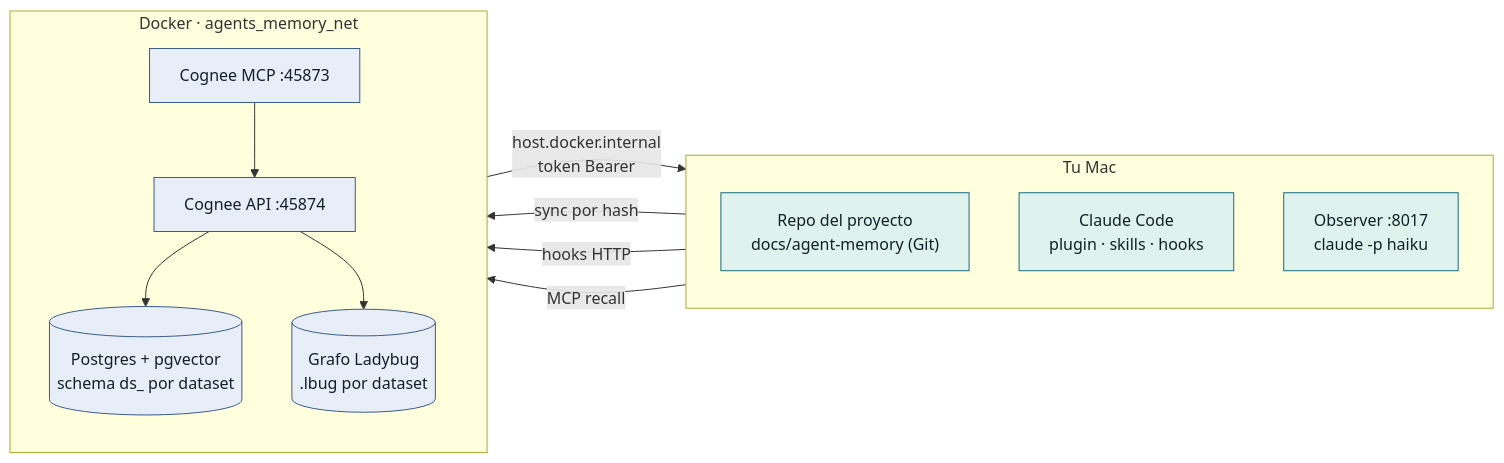
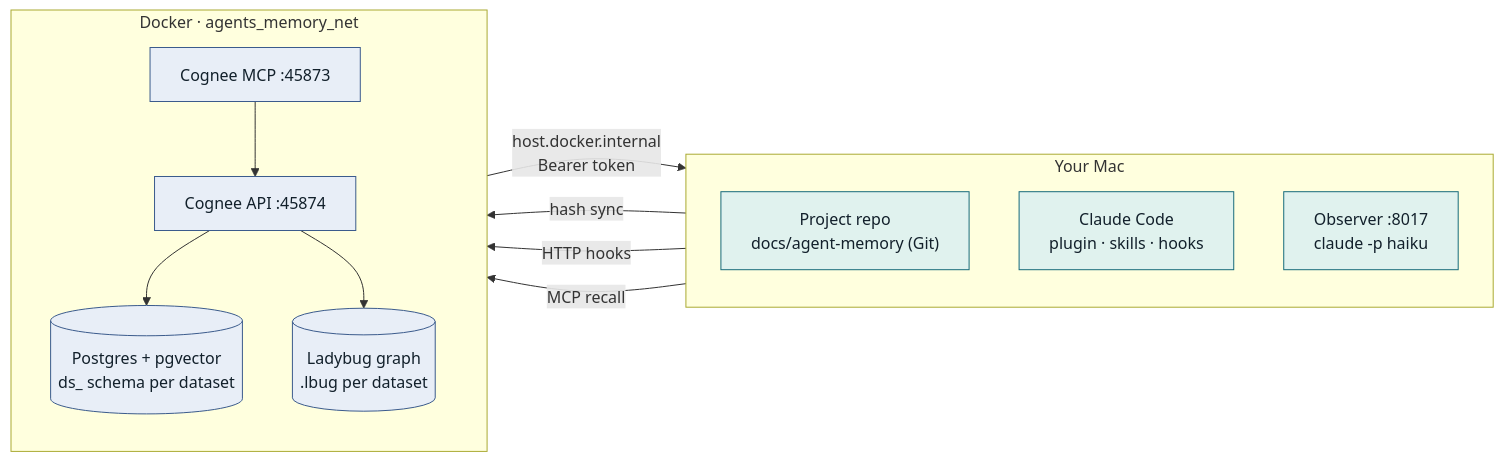
The first of 5 diagrams in docs/diagrams.md (WRopero/Timewarden), drawn with Mermaid before and after one commit. The commit also changed other lines of this file and 97 other files, not shown here.

````diff
--- a/docs/diagrams.md
+++ b/docs/diagrams.md
@@ -7,27 +7,27 @@
 ```mermaid
 flowchart LR
-  subgraph MAC["Tu Mac"]
+  subgraph MAC["Your Mac"]
     direction TB
-    MD["Repo del proyecto<br/>docs/agent-memory (Git)"]
+    MD["Project repo<br/>docs/agent-memory (Git)"]
     CC["Claude Code<br/>plugin · skills · hooks"]
     OBS["Observer :8017<br/>claude -p haiku"]
   end
   subgraph DK["Docker · agents_memory_net"]
     direction TB
     MCP["Cognee MCP :45873"]
     API["Cognee API :45874"]
-    PG[("Postgres + pgvector<br/>schema ds_ por dataset")]
-    GR[("Grafo Ladybug<br/>.lbug por dataset")]
+    PG[("Postgres + pgvector<br/>ds_ schema per dataset")]
+    GR[("Ladybug graph<br/>.lbug per dataset")]
   end
-  MD -->|"sync por hash"| API
-  CC -->|"hooks HTTP"| API
+  MD -->|"hash sync"| API
+  CC -->|"HTTP hooks"| API
   CC -->|"MCP recall"| MCP
   MCP --> API
   API --> PG
   API --> GR
-  API -->|"host.docker.internal<br/>token Bearer"| OBS
+  API -->|"host.docker.internal<br/>Bearer token"| OBS
   classDef mac fill:#E0F2EE,stroke:#176B7B,color:#12202B
   classDef dock fill:#E8EEF7,stroke:#3B5B8C,color:#12202B
   class CC,OBS,MD mac
   class API,MCP,PG,GR dock
 ```
````
